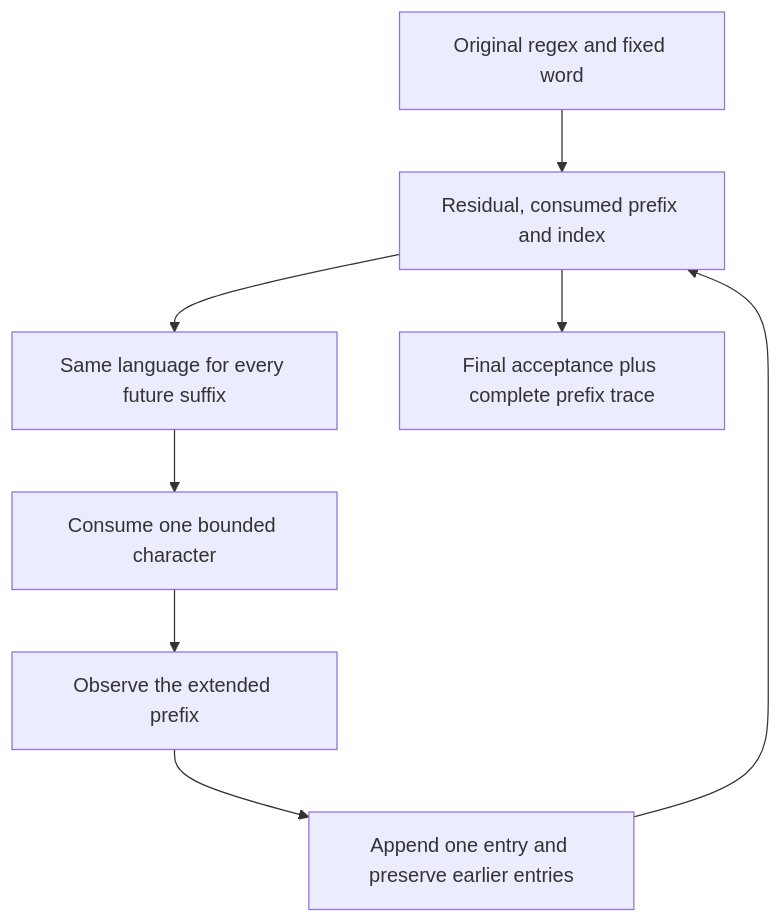
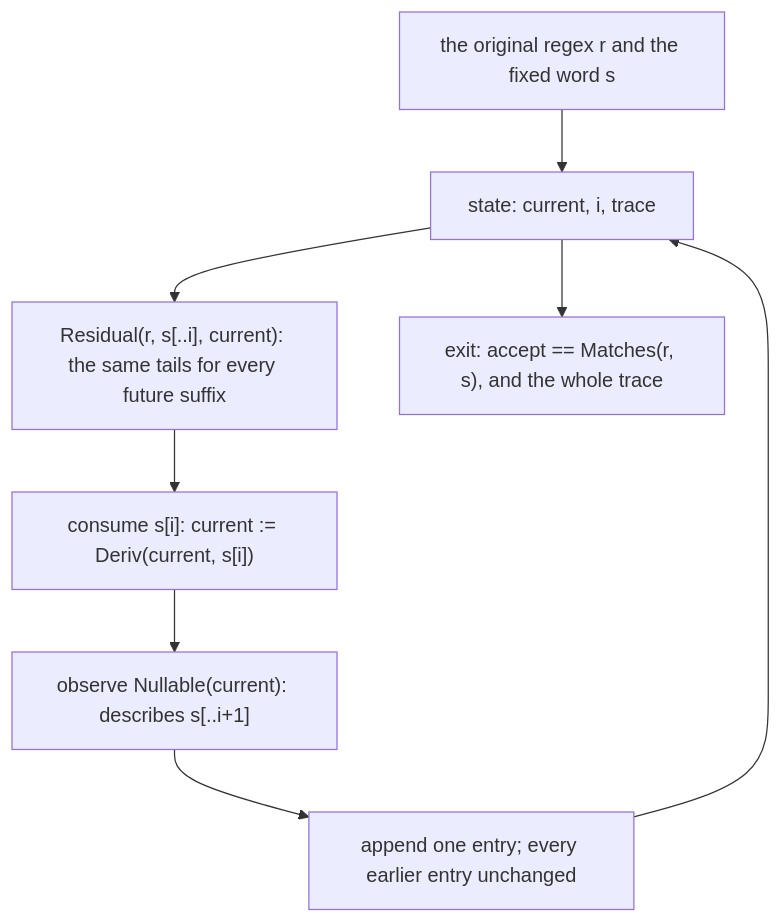
One commit to leobwang/dafny-verus-learn-0 changed the third of 4 diagrams in docs/R11_Theory.md. Above: the diagram before and after it, drawn with Mermaid. The commit also changed other lines of this file and 44 other files, not shown here.

````diff
--- a/docs/R11_Theory.md
+++ b/docs/R11_Theory.md
@@ -263,10 +582,10 @@
 ```mermaid
 flowchart TD
-  original["Original regex and fixed word"] --> state["Residual, consumed prefix and index"]
-  state --> relation["Same language for every future suffix"]
-  relation --> step["Consume one bounded character"]
-  step --> observe["Observe the extended prefix"]
-  observe --> ledger["Append one entry and preserve earlier entries"]
-  ledger --> state
-  state --> finish["Final acceptance plus complete prefix trace"]
+  O["the original regex r and the fixed word s"] --> S["state: current, i, trace"]
+  S --> R["Residual(r, s[..i], current): the same tails for every future suffix"]
+  R --> C["consume s[i]: current := Deriv(current, s[i])"]
+  C --> B["observe Nullable(current): describes s[..i+1]"]
+  B --> L["append one entry; every earlier entry unchanged"]
+  L --> S
+  S --> F["exit: accept == Matches(r, s), and the whole trace"]
 ```
````
